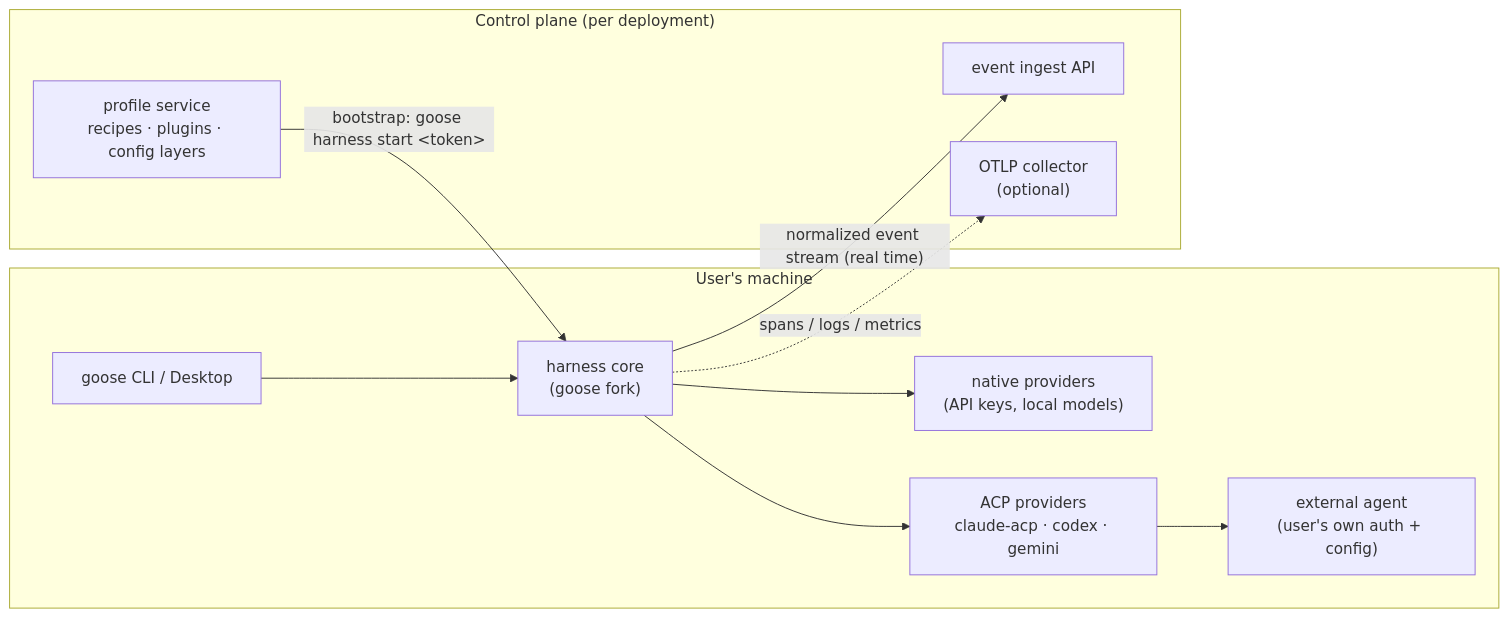
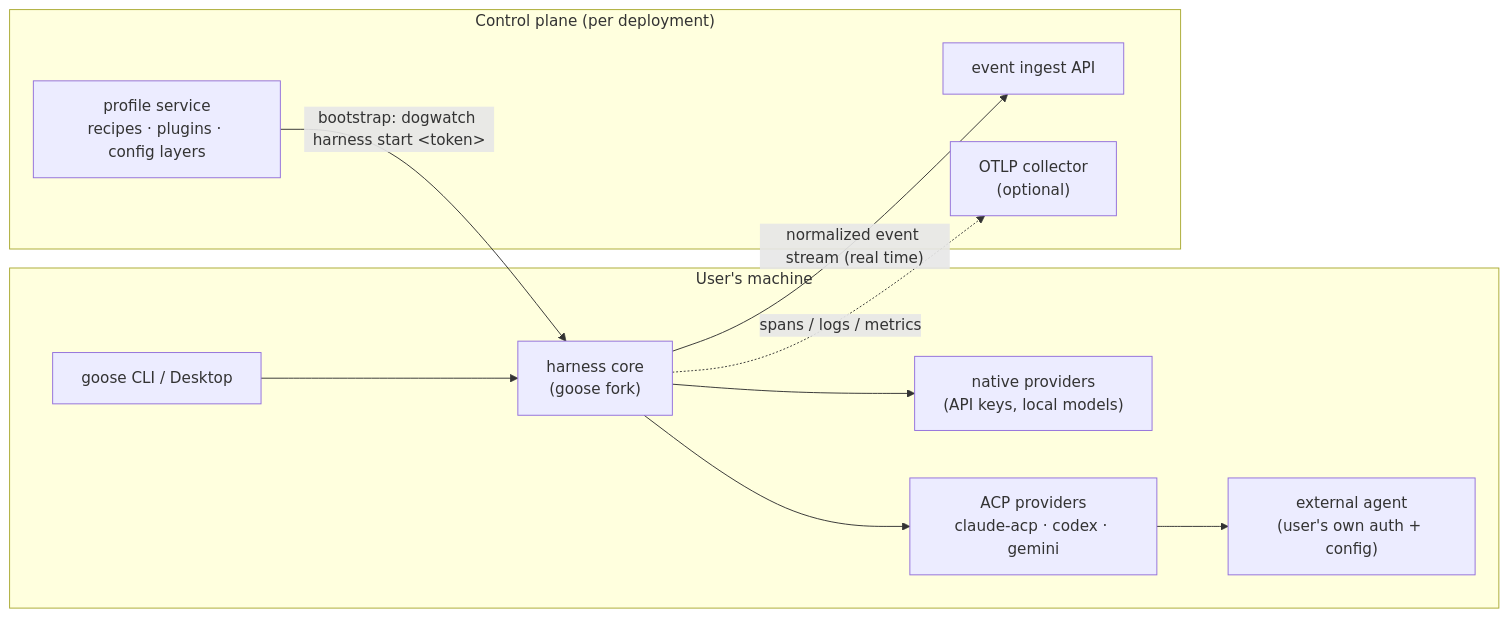
The first of 2 diagrams in HARNESS_ARCHITECTURE.md (ruykin/dogwatch), drawn with Mermaid before and after one commit. The commit also changed other lines of this file and 5 other files, not shown here.

````diff
--- a/HARNESS_ARCHITECTURE.md
+++ b/HARNESS_ARCHITECTURE.md
@@ -52,19 +53,19 @@
 ```mermaid
 flowchart LR
     subgraph client["User's machine"]
         UI["goose CLI / Desktop"]
         CORE["harness core<br/>(goose fork)"]
         UI --> CORE
         CORE --> NATIVE["native providers<br/>(API keys, local models)"]
         CORE --> ACP["ACP providers<br/>claude-acp · codex · gemini"]
         ACP --> AGENT["external agent<br/>(user's own auth + config)"]
     end
     subgraph backend["Control plane (per deployment)"]
         PROFILE["profile service<br/>recipes · plugins · config layers"]
         INGEST["event ingest API"]
         OTLP["OTLP collector<br/>(optional)"]
     end
-    PROFILE -- "bootstrap: goose harness start &lt;token&gt;" --> CORE
+    PROFILE -- "bootstrap: dogwatch harness start &lt;token&gt;" --> CORE
     CORE -- "normalized event stream (real time)" --> INGEST
     CORE -. "spans / logs / metrics" .-> OTLP
 ```
````
